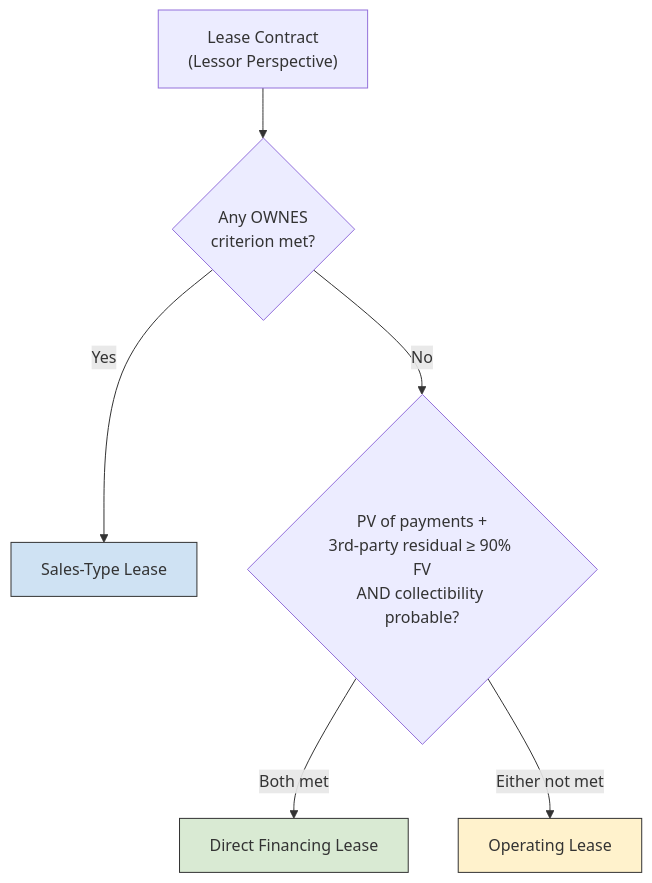
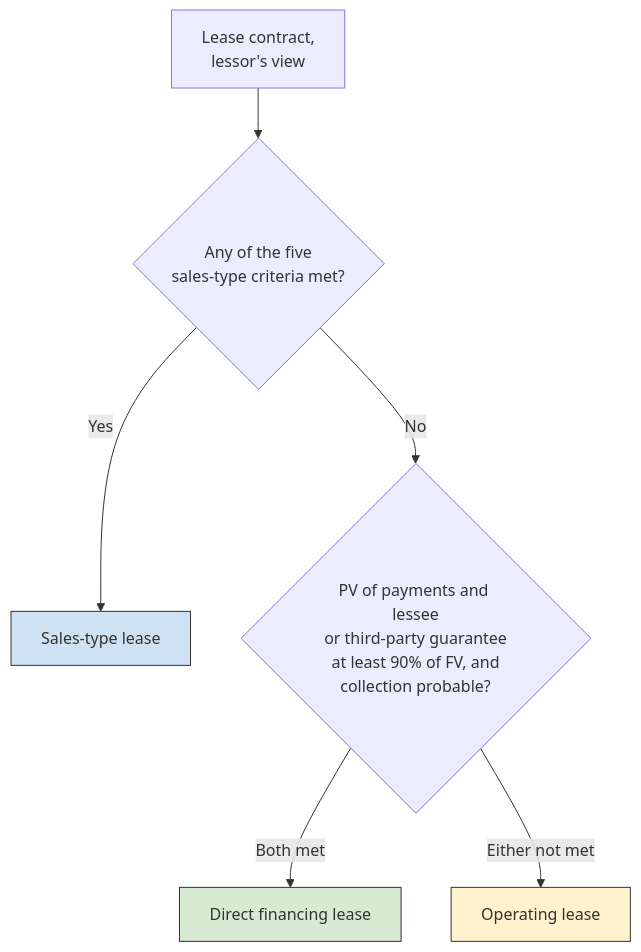
One commit to subwaymatch/cpabear-book changed the first of 2 diagrams in docs/bar/technical-accounting-combinations-and-reporting/leases.md. Above: the diagram before and after it, drawn with Mermaid. The commit also changed other lines of this file and 204 other files, not shown here.

First line of the commit message:
Update the book for the 2027 CPA Exam Blueprints, fix dark-mode diagrams, add diagram zoom (#49)

````diff
--- a/docs/bar/technical-accounting-combinations-and-reporting/leases.md
+++ b/docs/bar/technical-accounting-combinations-and-reporting/leases.md
@@ -45,11 +38,11 @@
 ```mermaid
 graph TD
-    A["Lease Contract<br/>(Lessor Perspective)"] --> B{"Any OWNES<br/>criterion met?"}
-    B -->|Yes| C["Sales-Type Lease"]
-    B -->|No| D{"PV of payments +<br/>3rd-party residual ≥ 90% FV<br/>AND collectibility probable?"}
-    D -->|"Both met"| E["Direct Financing Lease"]
-    D -->|"Either not met"| F["Operating Lease"]
+    A["Lease contract,<br/>lessor's view"] --> B{"Any of the five<br/>sales-type criteria met?"}
+    B -->|Yes| C["Sales-type lease"]
+    B -->|No| D{"PV of payments and lessee<br/>or third-party guarantee<br/>at least 90% of FV, and<br/>collection probable?"}
+    D -->|"Both met"| E["Direct financing lease"]
+    D -->|"Either not met"| F["Operating lease"]
     style C fill:#cfe2f3,stroke:#333
     style E fill:#d9ead3,stroke:#333
     style F fill:#fff2cc,stroke:#333
 ```
````
